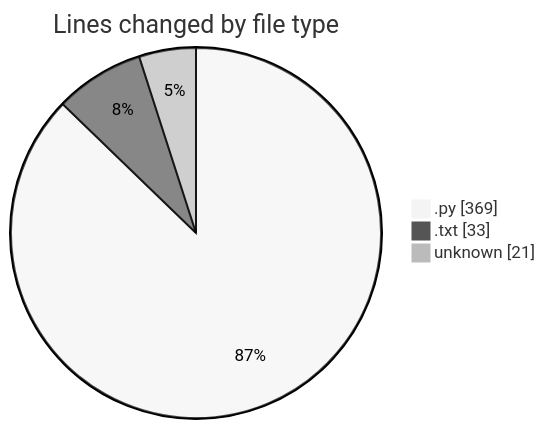
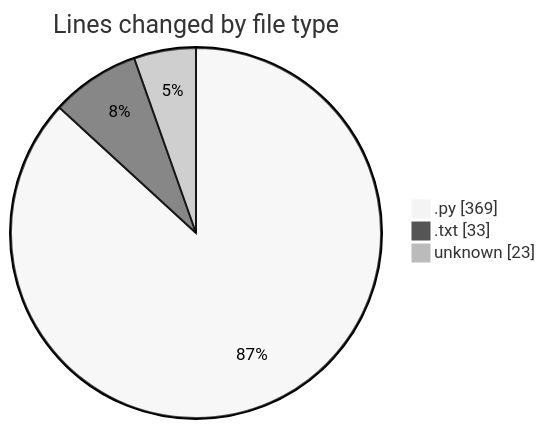
The first of 2 diagrams in 2026-01-08/testuploaddovera/README.md (MatusMokan/code-tracking), drawn with Mermaid (neutral theme) before and after one commit. The commit also changed other lines of this file and 1 other file, not shown here.

````diff
--- a/2026-01-08/testuploaddovera/README.md
+++ b/2026-01-08/testuploaddovera/README.md
@@ -25,7 +25,7 @@
 ```mermaid
 pie showData
 title Lines changed by file type
 ".py" : 369
 ".txt" : 33
-"unknown" : 21
+"unknown" : 23
 ```
````
